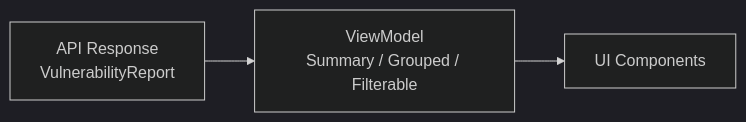
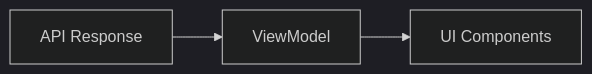
Before and after one commit to yuhkisan/next-vuln-report-portfolio: the diagram in PORTFOLIO_A_PLAN.md, drawn with Mermaid (dark theme). The commit also changed other lines of this file and 10 other files, not shown here.

````diff
--- a/PORTFOLIO_A_PLAN.md
+++ b/PORTFOLIO_A_PLAN.md
@@ -92,5 +93,5 @@
 ```mermaid
 graph LR
-    API[API Response<br>VulnerabilityReport] --> VM[ViewModel<br>Summary / Grouped / Filterable]
+    API[API Response] --> VM[ViewModel]
     VM --> UI[UI Components]
 ```
````
